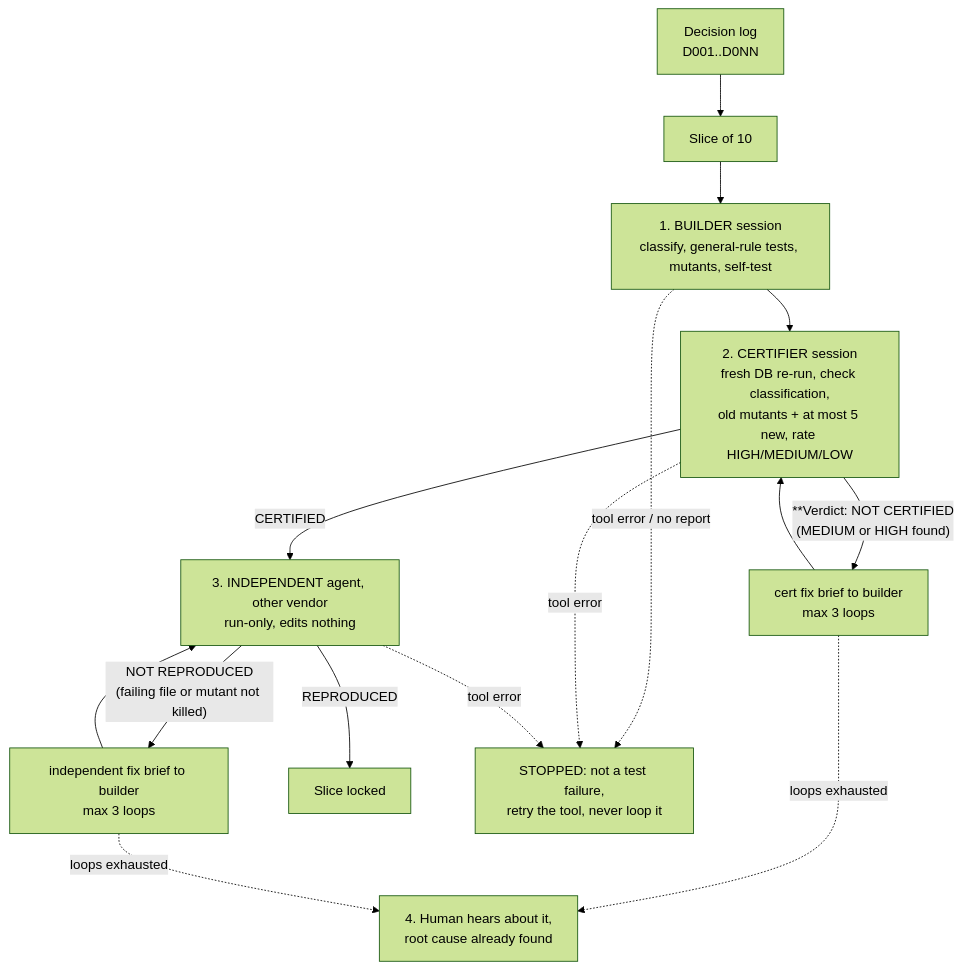
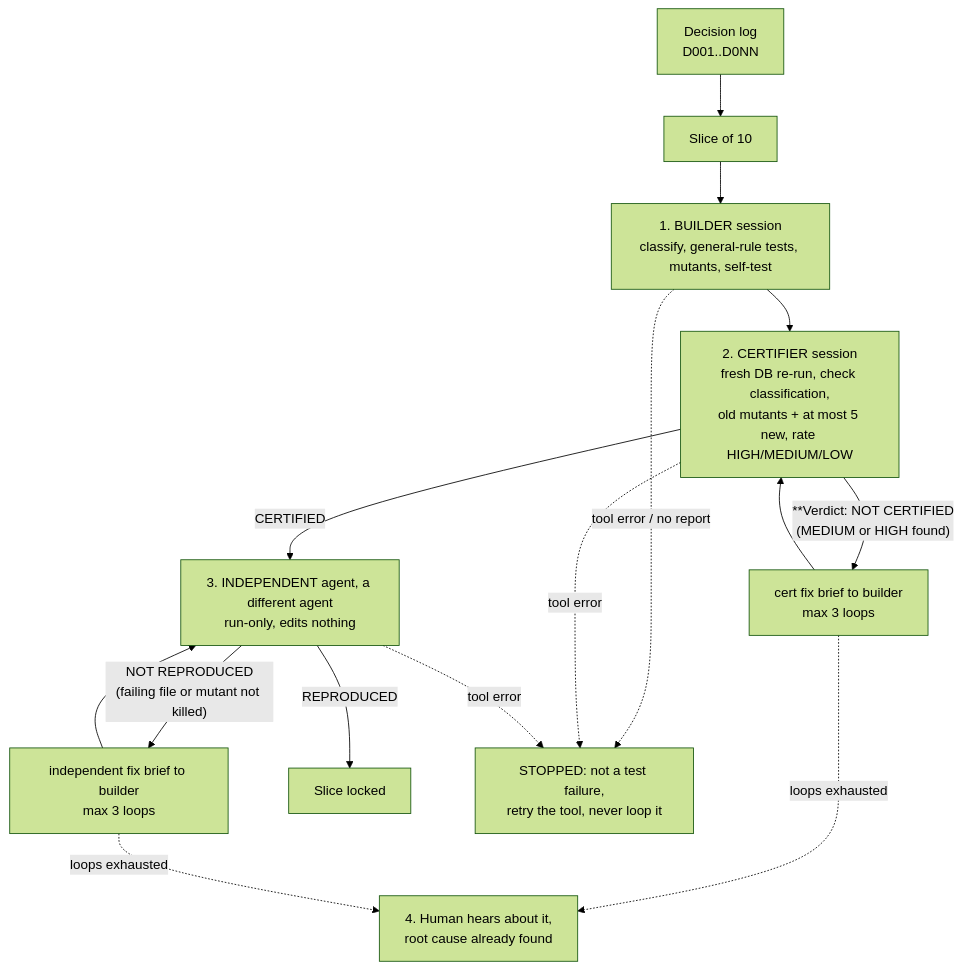
Before and after one commit to fetch-spec/decision-lock: the second of 2 diagrams in README.md, drawn with Mermaid (forest theme). The commit also changed other lines of this file and 29 other files, not shown here.

````diff
--- a/README.md
+++ b/README.md
@@ -62,17 +62,17 @@
 ```mermaid
 flowchart TD
     LOG[Decision log<br/>D001..D0NN] --> SLICE[Slice of 10]
     SLICE --> BUILD[1. BUILDER session<br/>classify, general-rule tests, mutants, self-test]
     BUILD --> CERT[2. CERTIFIER session<br/>fresh DB re-run, check classification,<br/>old mutants + at most 5 new, rate HIGH/MEDIUM/LOW]
     CERT -->|"**Verdict: NOT CERTIFIED<br/>(MEDIUM or HIGH found)"| FIX1[cert fix brief to builder<br/>max 3 loops]
     FIX1 --> CERT
-    CERT -->|CERTIFIED| IND[3. INDEPENDENT agent, other vendor<br/>run-only, edits nothing]
+    CERT -->|CERTIFIED| IND[3. INDEPENDENT agent, a different agent<br/>run-only, edits nothing]
     IND -->|"NOT REPRODUCED<br/>(failing file or mutant not killed)"| FIX2[independent fix brief to builder<br/>max 3 loops]
     FIX2 --> IND
     IND -->|REPRODUCED| DONE[Slice locked]
     FIX1 -.loops exhausted.-> HUMAN[4. Human hears about it,<br/>root cause already found]
     FIX2 -.loops exhausted.-> HUMAN
     BUILD -.tool error / no report.-> STOP[STOPPED: not a test failure,<br/>retry the tool, never loop it]
     CERT -.tool error.-> STOP
     IND -.tool error.-> STOP
 ```
````
